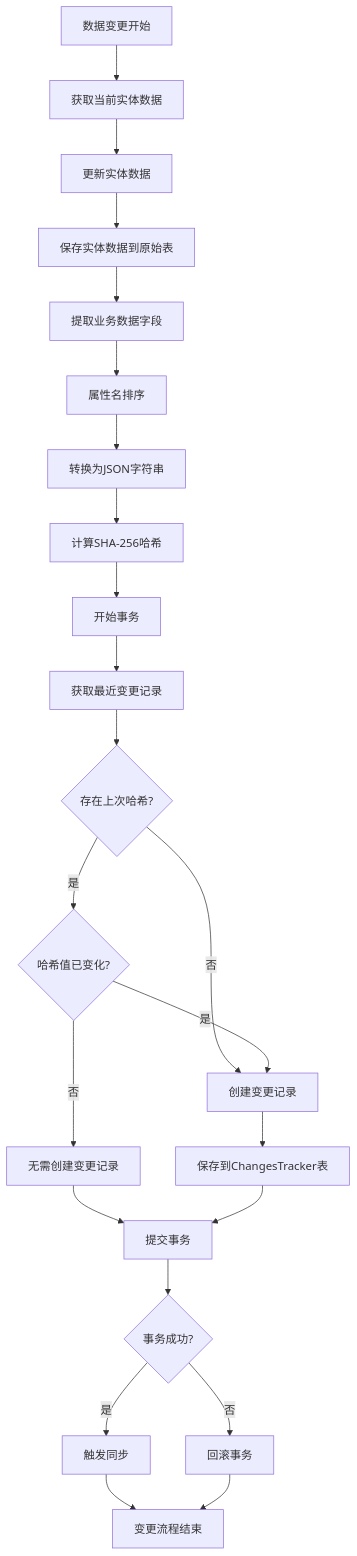
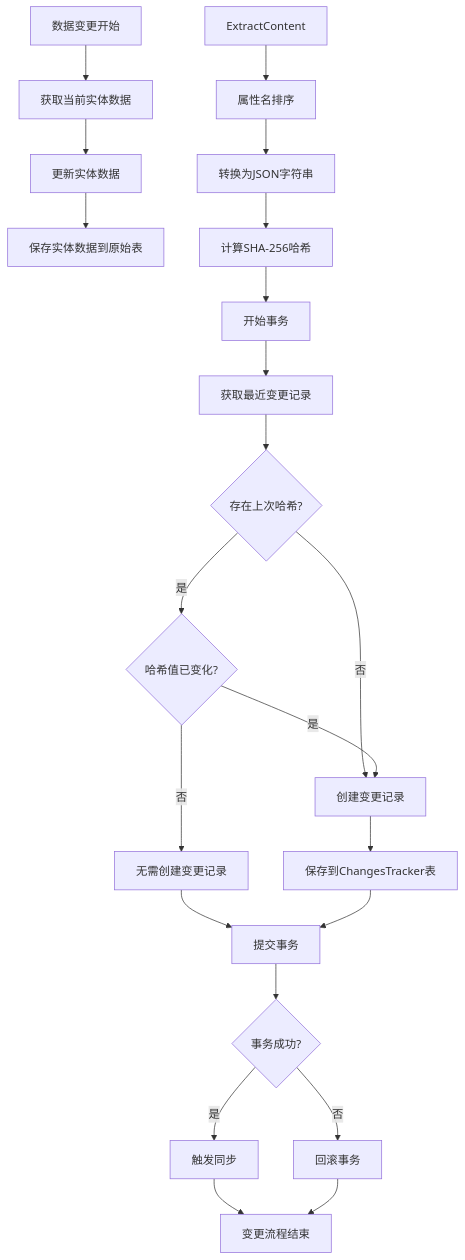
One commit to yingjianzh/iodraw-files changed the diagram in all/未命名-40.md. Above: the diagram before and after it, drawn with Mermaid.

Commit message:
2025-04-23 18:16:37 update

````diff
--- a/all/未命名-40.md
+++ b/all/未命名-40.md
@@ -1,32 +1,32 @@
 ```mermaid
 flowchart TD
     Start[数据变更开始] --> GetEntity[获取当前实体数据]
     GetEntity --> UpdateData[更新实体数据]
     UpdateData --> SaveEntity[保存实体数据到原始表]
     
-    SaveEntity --> ExtractContent[提取业务数据字段]
+    
     ExtractContent --> SortProperties[属性名排序]
     SortProperties --> ConvertToJson[转换为JSON字符串]
     ConvertToJson --> ComputeSHA256[计算SHA-256哈希]
     
     ComputeSHA256 --> BeginTx[开始事务]
     BeginTx --> GetLastChange[获取最近变更记录]
     
     GetLastChange --> HashExists{存在上次哈希?}
     HashExists -- 是 --> CompareHash{哈希值已变化?}
     HashExists -- 否 --> CreateChange[创建变更记录]
     
     CompareHash -- 是 --> CreateChange
     CompareHash -- 否 --> NoChangeNeeded[无需创建变更记录]
     
     CreateChange --> SaveChange[保存到ChangesTracker表]
     NoChangeNeeded --> CommitTx[提交事务]
     
     SaveChange --> CommitTx
     CommitTx --> Success{事务成功?}
     Success -- 是 --> TriggerSync[触发同步]
     Success -- 否 --> RollbackTx[回滚事务]
     
     TriggerSync --> End[变更流程结束]
     RollbackTx --> End
 ```
````
